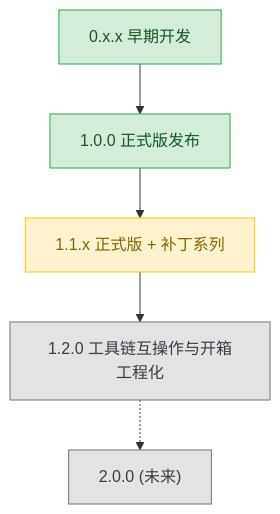
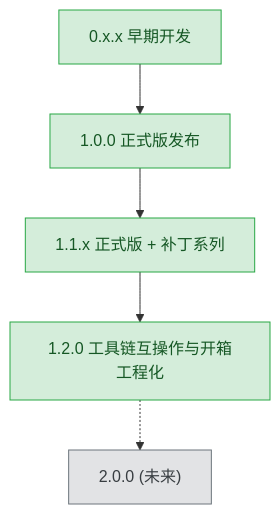
One commit to 3667808244/EazyMake changed the diagram in plans/README.md. Above: the diagram before and after it, drawn with Mermaid. The commit also changed other lines of this file and 2 other files, not shown here.

````diff
--- a/plans/README.md
+++ b/plans/README.md
@@ -55,21 +56,21 @@
 ```mermaid
 graph TD
     v0xx["0.x.x 早期开发"]
     v100["1.0.0 正式版发布"]
     v11x["1.1.x 正式版 + 补丁系列"]
     v120["1.2.0 工具链互操作与开箱工程化"]
     v200["2.0.0 (未来)"]
 
     v0xx --> v100
     v100 --> v11x
     v11x --> v120
     v120 -.-> v200
 
     classDef done fill:#d4edda,stroke:#28a745,color:#155724;
     classDef active fill:#fff3cd,stroke:#ffc107,color:#856404;
     classDef todo fill:#e2e3e5,stroke:#6c757d,color:#383d41;
 
     class v0xx,v100 done;
-    class v11x active;
-    class v120,v200 todo;
+    class v11x,v120 done;
+    class v200 todo;
 ```
````
